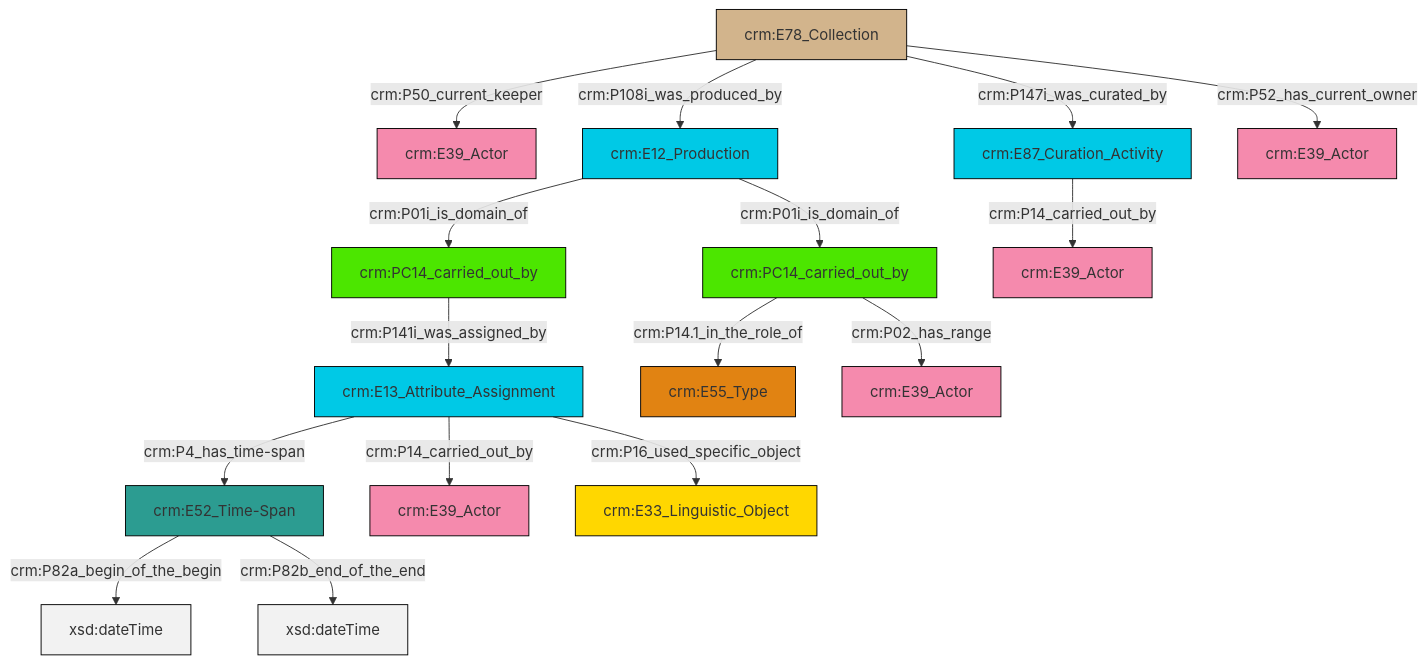
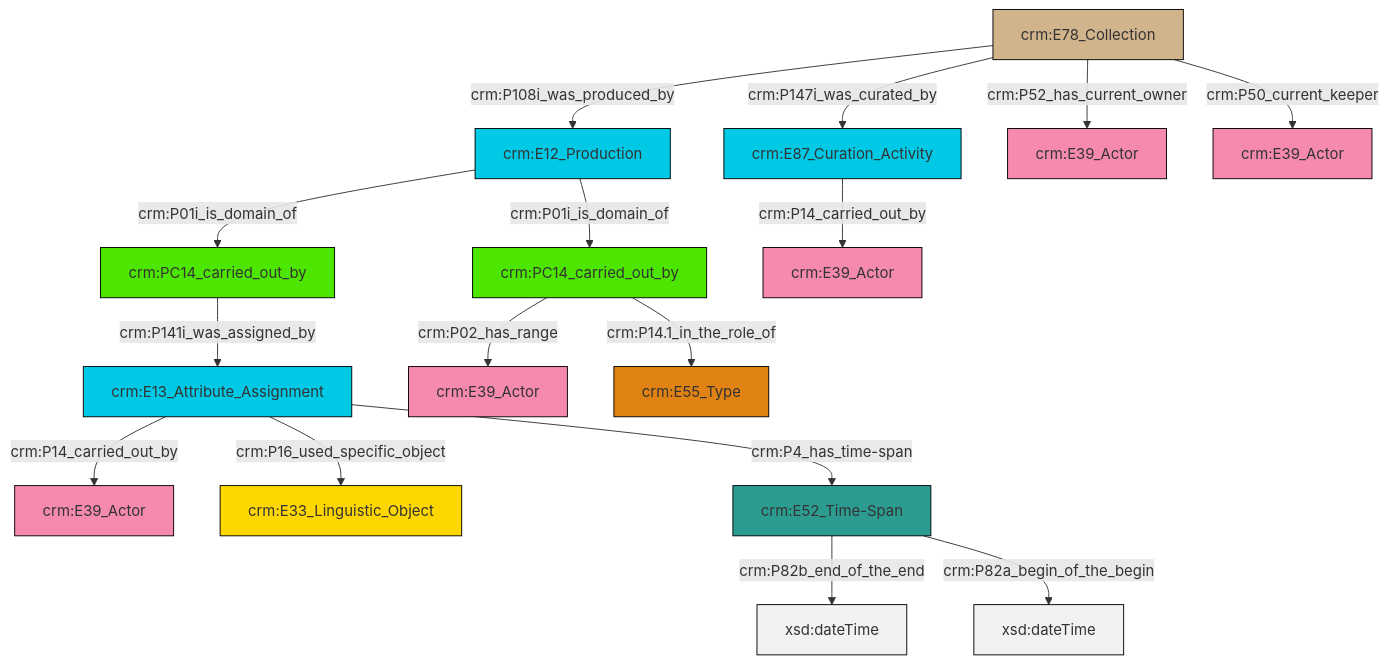
Before and after one commit to swiss-art-research-net/docs.swissartresearch: the diagram in et/archivalCSV/ttl/mmd/archival_relation.ttl.mmd, drawn with Mermaid. The commit also changed 178 other files, not shown here.

```diff
--- a/et/archivalCSV/ttl/mmd/archival_relation.ttl.mmd
+++ b/et/archivalCSV/ttl/mmd/archival_relation.ttl.mmd
@@ -1,30 +1,30 @@
 graph TD
 classDef Literal fill:#f2f2f2,stroke:#000000;
 classDef CRM_Entity fill:#FFFFFF,stroke:#000000;
 classDef Temporal_Entity fill:#00C9E6, stroke:#000000;
 classDef Type fill:#E18312, stroke:#000000;
 classDef Time-Span fill:#2C9C91, stroke:#000000;
 classDef Appellation fill:#FFEB7F, stroke:#000000;
 classDef Place fill:#008836, stroke:#000000;
 classDef Persistent_Item fill:#B266B2, stroke:#000000;
 classDef Conceptual_Object fill:#FFD700, stroke:#000000;
 classDef Physical_Thing fill:#D2B48C, stroke:#000000;
 classDef Actor fill:#f58aad, stroke:#000000;
 classDef PC_Classes fill:#4ce600, stroke:#000000;
 classDef Multi fill:#cccccc,stroke:#000000;
 
-6["crm:E13_Attribute_Assignment"]:::Temporal_Entity -->|crm:P4_has_time-span| 0["crm:E52_Time-Span"]:::Time-Span
-9["crm:E78_Collection"]:::Physical_Thing -->|crm:P50_current_keeper| 4["crm:E39_Actor"]:::Actor
-2["crm:PC14_carried_out_by"]:::PC_Classes -->|crm:P14.1_in_the_role_of| 10["crm:E55_Type"]:::Type
-2["crm:PC14_carried_out_by"]:::PC_Classes -->|crm:P02_has_range| 13["crm:E39_Actor"]:::Actor
-6["crm:E13_Attribute_Assignment"]:::Temporal_Entity -->|crm:P14_carried_out_by| 11["crm:E39_Actor"]:::Actor
-0["crm:E52_Time-Span"]:::Time-Span -->|crm:P82a_begin_of_the_begin| 18[xsd:dateTime]:::Literal
-7["crm:E12_Production"]:::Temporal_Entity -->|crm:P01i_is_domain_of| 2["crm:PC14_carried_out_by"]:::PC_Classes
-21["crm:E87_Curation_Activity"]:::Temporal_Entity -->|crm:P14_carried_out_by| 19["crm:E39_Actor"]:::Actor
-9["crm:E78_Collection"]:::Physical_Thing -->|crm:P52_has_current_owner| 23["crm:E39_Actor"]:::Actor
-9["crm:E78_Collection"]:::Physical_Thing -->|crm:P147i_was_curated_by| 21["crm:E87_Curation_Activity"]:::Temporal_Entity
-9["crm:E78_Collection"]:::Physical_Thing -->|crm:P108i_was_produced_by| 7["crm:E12_Production"]:::Temporal_Entity
-7["crm:E12_Production"]:::Temporal_Entity -->|crm:P01i_is_domain_of| 14["crm:PC14_carried_out_by"]:::PC_Classes
-6["crm:E13_Attribute_Assignment"]:::Temporal_Entity -->|crm:P16_used_specific_object| 27["crm:E33_Linguistic_Object"]:::Conceptual_Object
-14["crm:PC14_carried_out_by"]:::PC_Classes -->|crm:P141i_was_assigned_by| 6["crm:E13_Attribute_Assignment"]:::Temporal_Entity
-0["crm:E52_Time-Span"]:::Time-Span -->|crm:P82b_end_of_the_end| 29[xsd:dateTime]:::Literal
+0["crm:E13_Attribute_Assignment"]:::Temporal_Entity -->|crm:P14_carried_out_by| 1["crm:E39_Actor"]:::Actor
+11["crm:PC14_carried_out_by"]:::PC_Classes -->|crm:P02_has_range| 4["crm:E39_Actor"]:::Actor
+13["crm:PC14_carried_out_by"]:::PC_Classes -->|crm:P141i_was_assigned_by| 0["crm:E13_Attribute_Assignment"]:::Temporal_Entity
+2["crm:E78_Collection"]:::Physical_Thing -->|crm:P52_has_current_owner| 19["crm:E39_Actor"]:::Actor
+21["crm:E52_Time-Span"]:::Time-Span -->|crm:P82b_end_of_the_end| 26[xsd:dateTime]:::Literal
+0["crm:E13_Attribute_Assignment"]:::Temporal_Entity -->|crm:P16_used_specific_object| 7["crm:E33_Linguistic_Object"]:::Conceptual_Object
+14["crm:E12_Production"]:::Temporal_Entity -->|crm:P01i_is_domain_of| 13["crm:PC14_carried_out_by"]:::PC_Classes
+2["crm:E78_Collection"]:::Physical_Thing -->|crm:P108i_was_produced_by| 14["crm:E12_Production"]:::Temporal_Entity
+9["crm:E87_Curation_Activity"]:::Temporal_Entity -->|crm:P14_carried_out_by| 16["crm:E39_Actor"]:::Actor
+11["crm:PC14_carried_out_by"]:::PC_Classes -->|crm:P14.1_in_the_role_of| 27["crm:E55_Type"]:::Type
+2["crm:E78_Collection"]:::Physical_Thing -->|crm:P50_current_keeper| 23["crm:E39_Actor"]:::Actor
+21["crm:E52_Time-Span"]:::Time-Span -->|crm:P82a_begin_of_the_begin| 28[xsd:dateTime]:::Literal
+0["crm:E13_Attribute_Assignment"]:::Temporal_Entity -->|crm:P4_has_time-span| 21["crm:E52_Time-Span"]:::Time-Span
+2["crm:E78_Collection"]:::Physical_Thing -->|crm:P147i_was_curated_by| 9["crm:E87_Curation_Activity"]:::Temporal_Entity
+14["crm:E12_Production"]:::Temporal_Entity -->|crm:P01i_is_domain_of| 11["crm:PC14_carried_out_by"]:::PC_Classes
```
